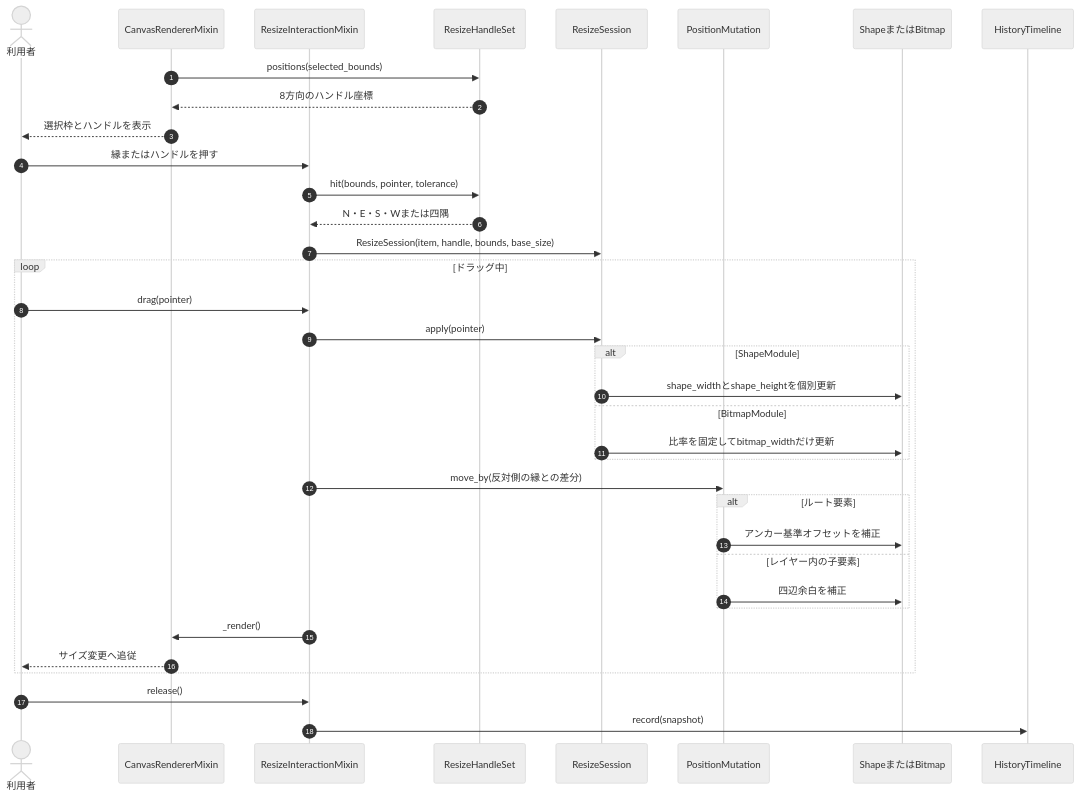
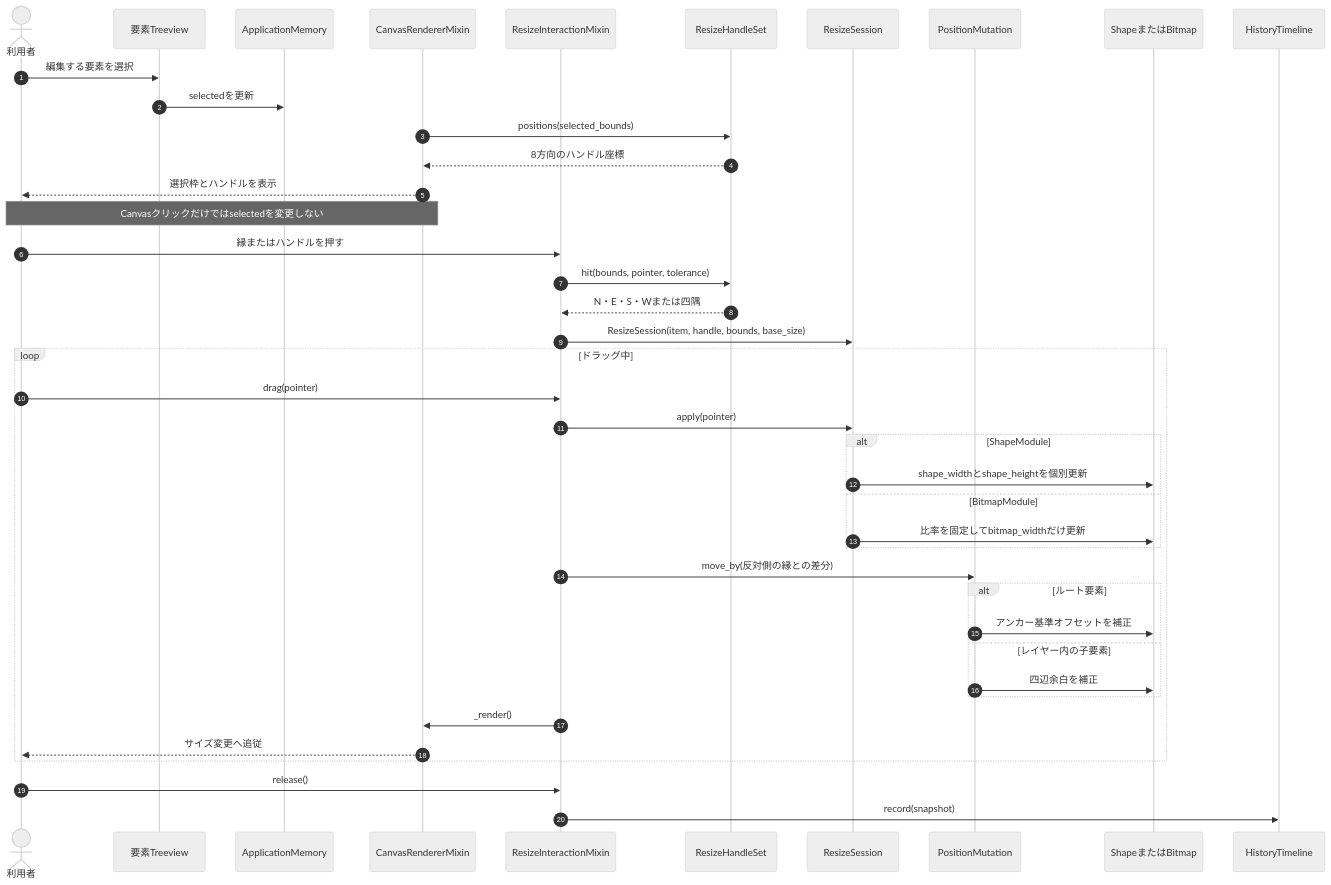
Diagram 12 of 16 in doc/KLWPエディタ_設計仕様.md (k014c1287/klwp_pc_editor), drawn with Mermaid (neutral theme) before and after one commit. The commit also changed other lines of this file and 4 other files, not shown here.

````diff
--- a/doc/KLWPエディタ_設計仕様.md
+++ b/doc/KLWPエディタ_設計仕様.md
@@ -910,39 +912,44 @@
 ```mermaid
 sequenceDiagram
     autonumber
     actor User as 利用者
+    participant Tree as 要素Treeview
+    participant Memory as ApplicationMemory
     participant Canvas as CanvasRendererMixin
     participant Interaction as ResizeInteractionMixin
     participant Handles as ResizeHandleSet
     participant Session as ResizeSession
     participant Position as PositionMutation
     participant Item as ShapeまたはBitmap
     participant History as HistoryTimeline
 
+    User->>Tree: 編集する要素を選択
+    Tree->>Memory: selectedを更新
     Canvas->>Handles: positions(selected_bounds)
     Handles-->>Canvas: 8方向のハンドル座標
     Canvas-->>User: 選択枠とハンドルを表示
+    Note over User,Canvas: Canvasクリックだけではselectedを変更しない
     User->>Interaction: 縁またはハンドルを押す
     Interaction->>Handles: hit(bounds, pointer, tolerance)
     Handles-->>Interaction: N・E・S・Wまたは四隅
     Interaction->>Session: ResizeSession(item, handle, bounds, base_size)
     loop ドラッグ中
         User->>Interaction: drag(pointer)
         Interaction->>Session: apply(pointer)
         alt ShapeModule
             Session->>Item: shape_widthとshape_heightを個別更新
         else BitmapModule
             Session->>Item: 比率を固定してbitmap_widthだけ更新
         end
         Interaction->>Position: move_by(反対側の縁との差分)
         alt ルート要素
             Position->>Item: アンカー基準オフセットを補正
         else レイヤー内の子要素
             Position->>Item: 四辺余白を補正
         end
         Interaction->>Canvas: _render()
         Canvas-->>User: サイズ変更へ追従
     end
     User->>Interaction: release()
     Interaction->>History: record(snapshot)
 ```
````
